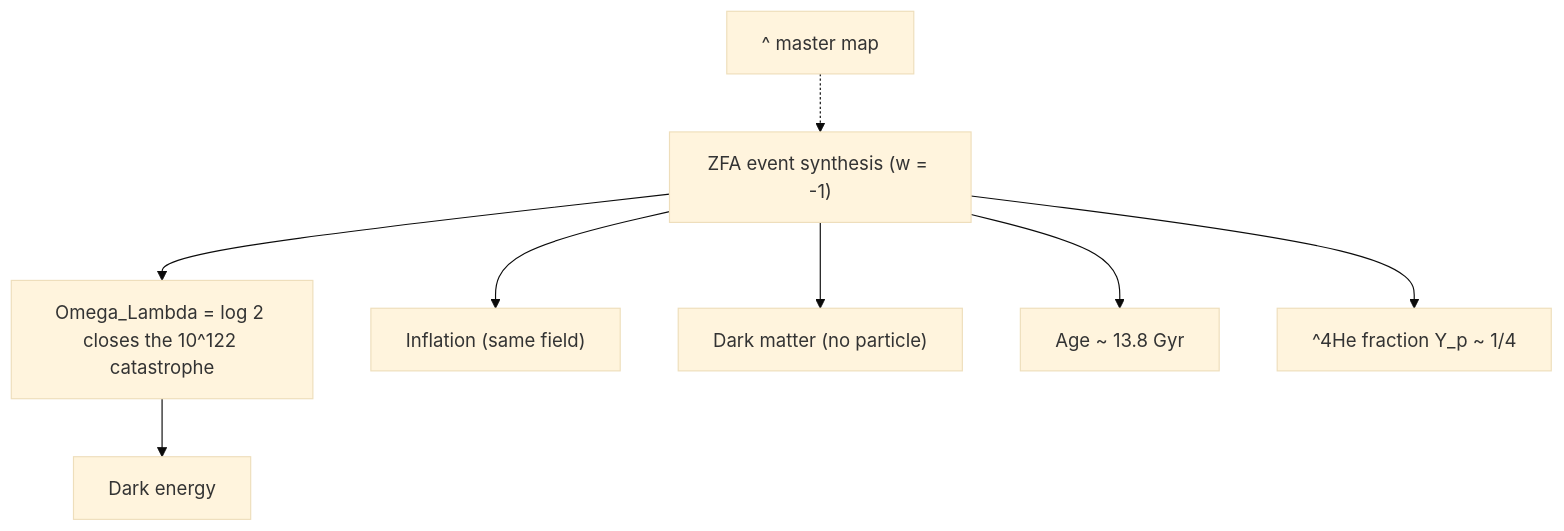
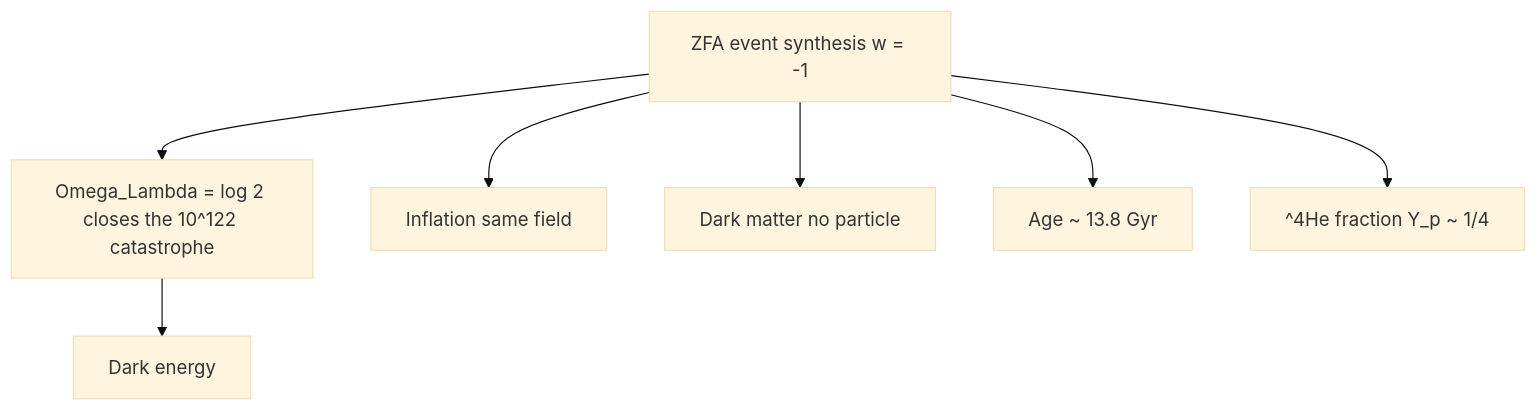
One commit to jimscarver/quantum-logical-framework changed the seventh of 11 diagrams in FlowChart.md. Above: the diagram before and after it, drawn with Mermaid (base theme). The commit also changed other lines of this file, not shown here.

First line of the commit message:
FlowChart.md: drop sub-chart hub nodes + parentheses (GitHub render fixes)

````diff
--- a/FlowChart.md
+++ b/FlowChart.md
@@ -155,10 +155,10 @@
 ```mermaid
 flowchart TD
-  H6["^ master map"] -.-> EV["ZFA event synthesis (w = -1)"]
+  EV["ZFA event synthesis w = -1"]
   EV --> OL["Omega_Lambda = log 2 closes the 10^122 catastrophe"]
-  EV --> IN["Inflation (same field)"]
-  EV --> DM["Dark matter (no particle)"]
+  EV --> IN["Inflation same field"]
+  EV --> DM["Dark matter no particle"]
   OL --> DE["Dark energy"]
   EV --> AGE["Age ~ 13.8 Gyr"]
   EV --> NS["^4He fraction Y_p ~ 1/4"]
 ```
````
